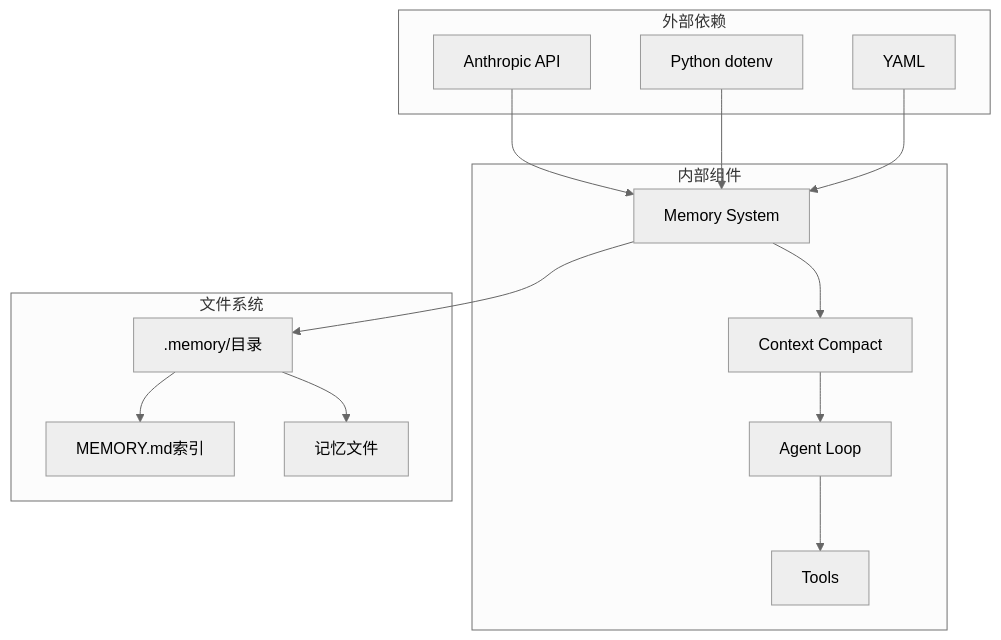
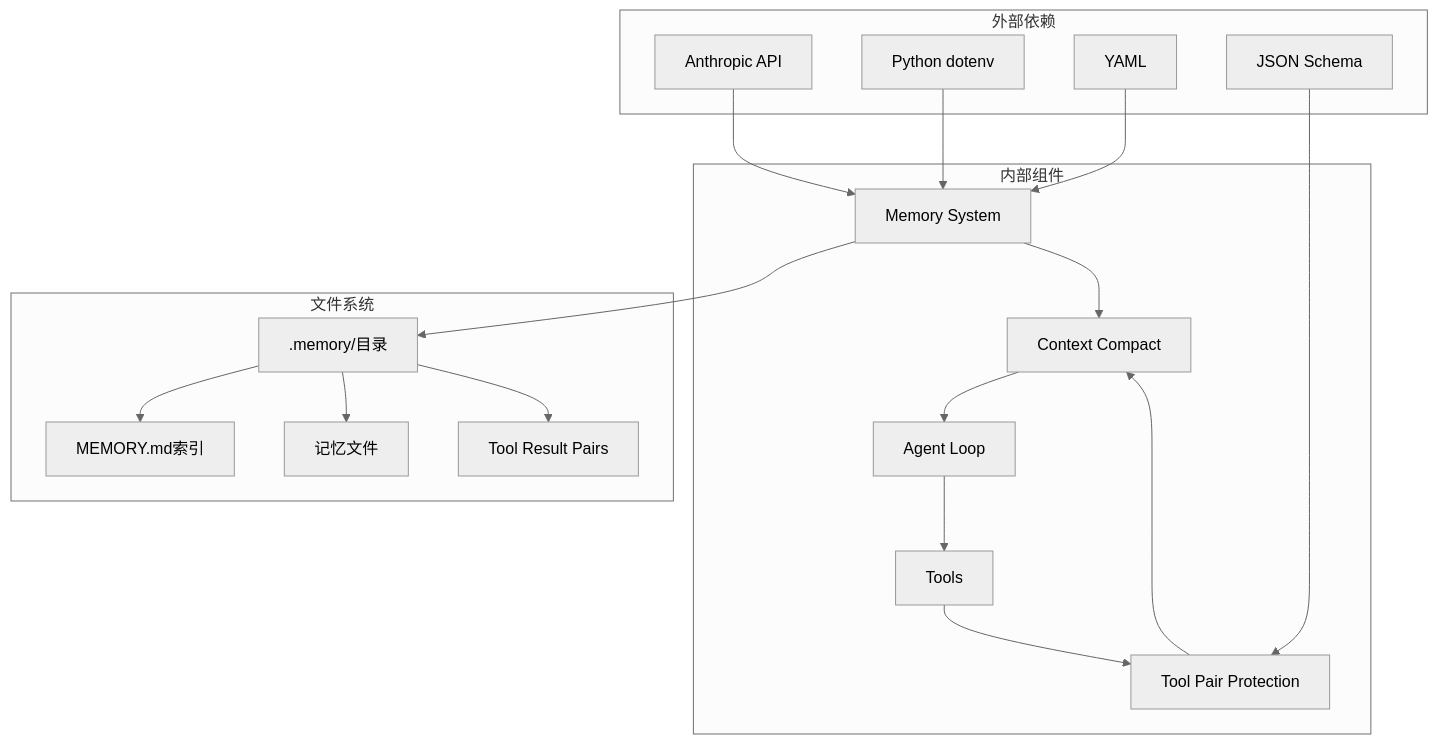
Before and after one commit to haolange/learn-claude-code: the eighth of 8 diagrams in .qoder/repowiki/zh/content/持久化系统/记忆系统.md, drawn with Mermaid (neutral theme). The commit also changed other lines of this file and 6 other files, not shown here.

````diff
--- a/.qoder/repowiki/zh/content/持久化系统/记忆系统.md
+++ b/.qoder/repowiki/zh/content/持久化系统/记忆系统.md
@@ -318,28 +391,35 @@
 ```mermaid
 graph TB
 subgraph "外部依赖"
 A[Anthropic API]
 B[Python dotenv]
 C[YAML]
+D[JSON Schema]
 end
 subgraph "内部组件"
-D[Memory System]
-E[Context Compact]
-F[Agent Loop]
-G[Tools]
+E[Memory System]
+F[Context Compact]
+G[Agent Loop]
+H[Tools]
+I[Tool Pair Protection]
 end
 subgraph "文件系统"
-H[.memory/目录]
-I[MEMORY.md索引]
-J[记忆文件]
+J[.memory/目录]
+K[MEMORY.md索引]
+L[记忆文件]
+M[Tool Result Pairs]
 end
-A --> D
-B --> D
-C --> D
-D --> H
-H --> I
-H --> J
-D --> E
+A --> E
+B --> E
+C --> E
+D --> I
+E --> J
+J --> K
+J --> L
+J --> M
 E --> F
 F --> G
+G --> H
+H --> I
+I --> F
 ```
````
